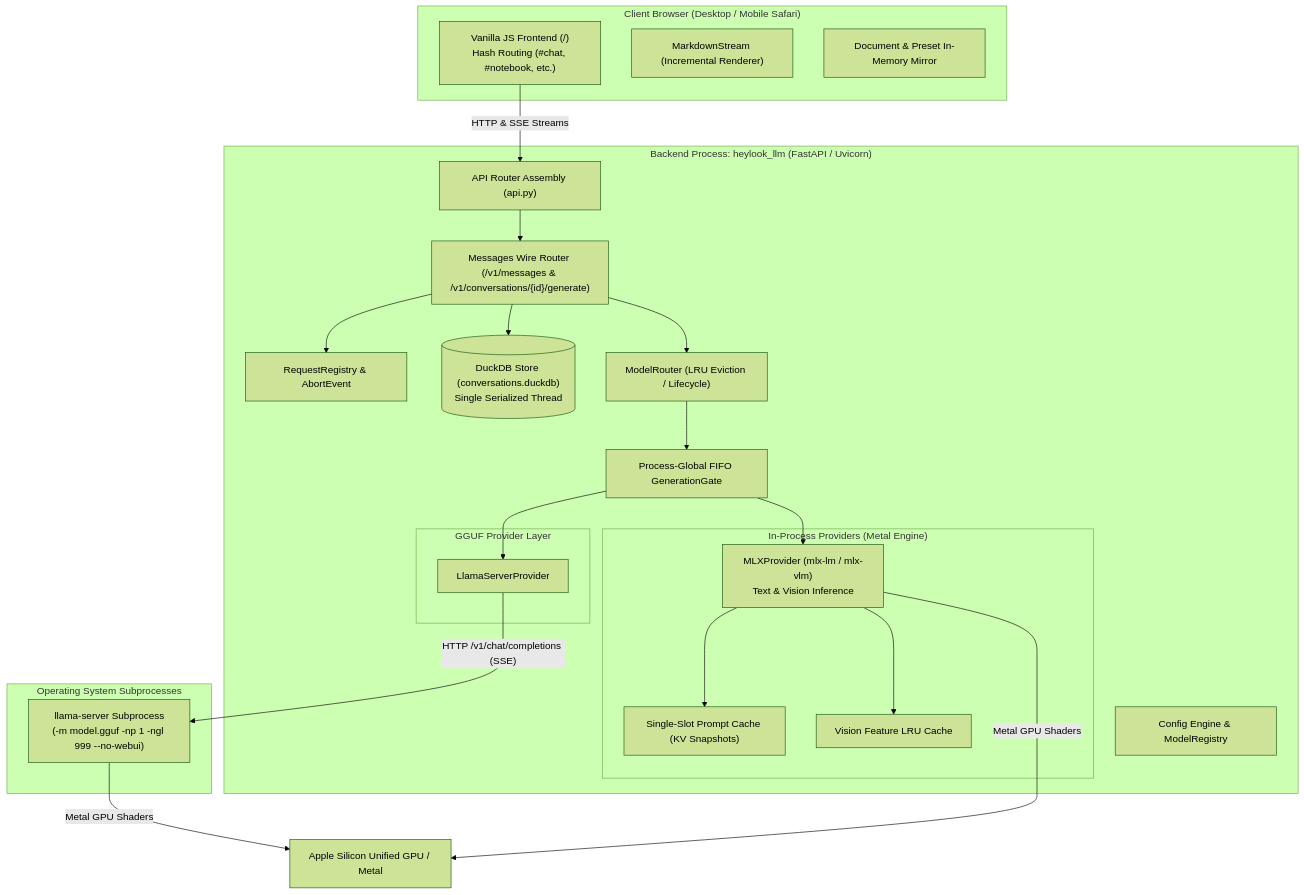
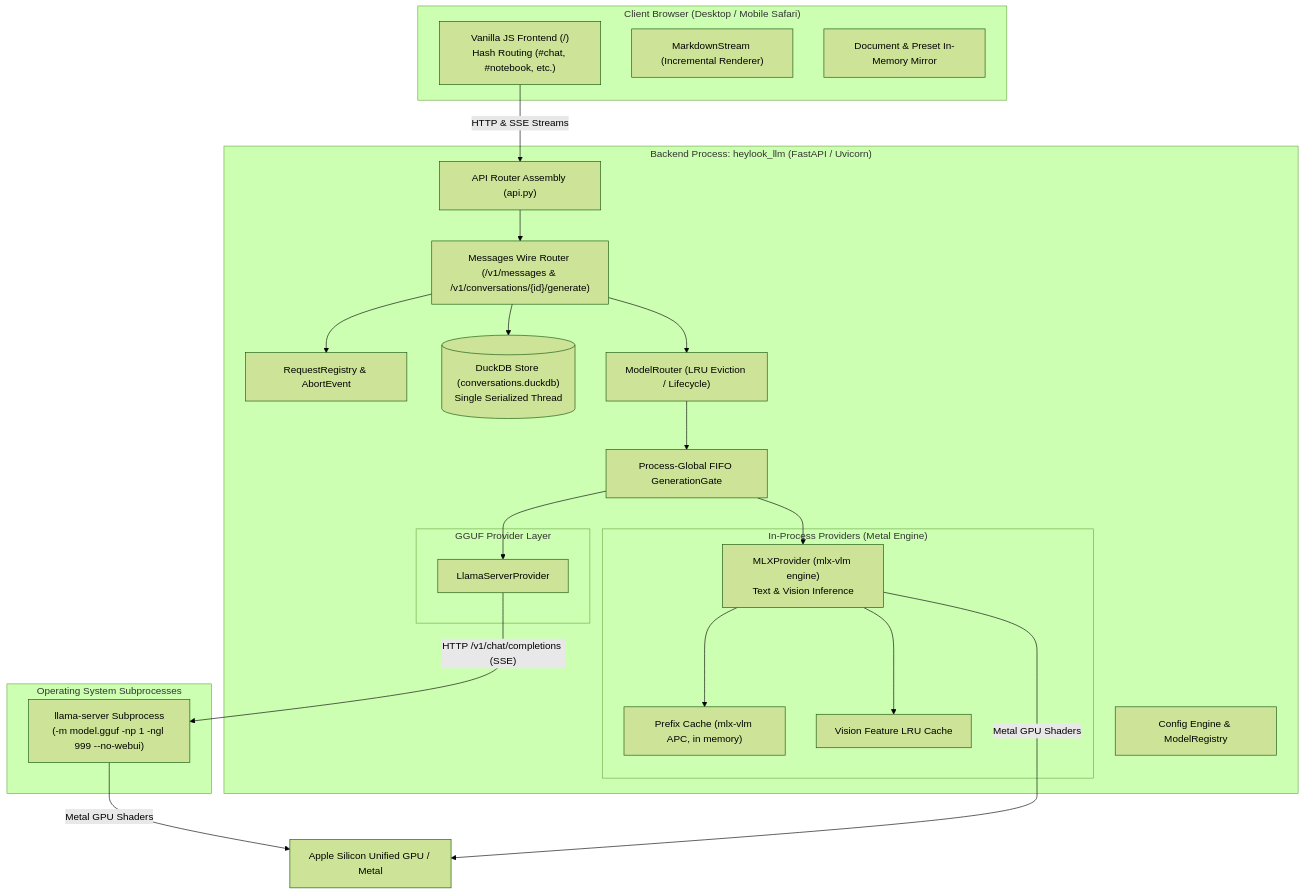
One commit to fblissjr/heylookitsanllm changed the diagram in docs/wiki/architecture_overview.md. Above: the diagram before and after it, drawn with Mermaid (forest theme). The commit also changed 21 other files, not shown here.

First line of the commit message:
feat!: every MLX request runs on mlx-vlm's engine with its prefix cache (plan W10 stage 2a, v2.0.86)

````diff
--- a/docs/wiki/architecture_overview.md
+++ b/docs/wiki/architecture_overview.md
@@ -16,48 +16,48 @@
 ```mermaid
 flowchart TB
     subgraph Browser ["Client Browser (Desktop / Mobile Safari)"]
         UI["Vanilla JS Frontend (/)<br/>Hash Routing (#chat, #notebook, etc.)"]
         MStream["MarkdownStream (Incremental Renderer)"]
         StoreMirror["Document & Preset In-Memory Mirror"]
     end
 
     subgraph BackendProcess ["Backend Process: heylook_llm (FastAPI / Uvicorn)"]
         RouterHub["API Router Assembly (api.py)"]
         MsgWire["Messages Wire Router (/v1/messages & /v1/conversations/{id}/generate)"]
         ReqReg["RequestRegistry & AbortEvent"]
         DuckDB[("DuckDB Store (conversations.duckdb)<br/>Single Serialized Thread")]
         ConfigEngine["Config Engine & ModelRegistry"]
         GenGate["Process-Global FIFO GenerationGate"]
         ModelRouter["ModelRouter (LRU Eviction / Lifecycle)"]
 
         subgraph InProcessProviders ["In-Process Providers (Metal Engine)"]
-            MLX["MLXProvider (mlx-lm / mlx-vlm)<br/>Text & Vision Inference"]
-            PromptCache["Single-Slot Prompt Cache (KV Snapshots)"]
+            MLX["MLXProvider (mlx-vlm engine)<br/>Text & Vision Inference"]
+            PromptCache["Prefix Cache (mlx-vlm APC, in memory)"]
             VisionCache["Vision Feature LRU Cache"]
         end
 
         subgraph SubprocessProvider ["GGUF Provider Layer"]
             LlamaProvider["LlamaServerProvider"]
         end
     end
 
     subgraph ExternalProcesses ["Operating System Subprocesses"]
         LlamaServerProc["llama-server Subprocess<br/>(-m model.gguf -np 1 -ngl 999 --no-webui)"]
     end
 
     UI -->|"HTTP & SSE Streams"| RouterHub
     RouterHub --> MsgWire
     MsgWire --> ReqReg
     MsgWire --> DuckDB
     MsgWire --> ModelRouter
     ModelRouter --> GenGate
 
     GenGate --> MLX
     GenGate --> LlamaProvider
     MLX --> PromptCache
     MLX --> VisionCache
 
     LlamaProvider -->|"HTTP /v1/chat/completions (SSE)"| LlamaServerProc
     LlamaServerProc -->|"Metal GPU Shaders"| AppleSiliconGPU["Apple Silicon Unified GPU / Metal"]
     MLX -->|"Metal GPU Shaders"| AppleSiliconGPU
 ```
````
